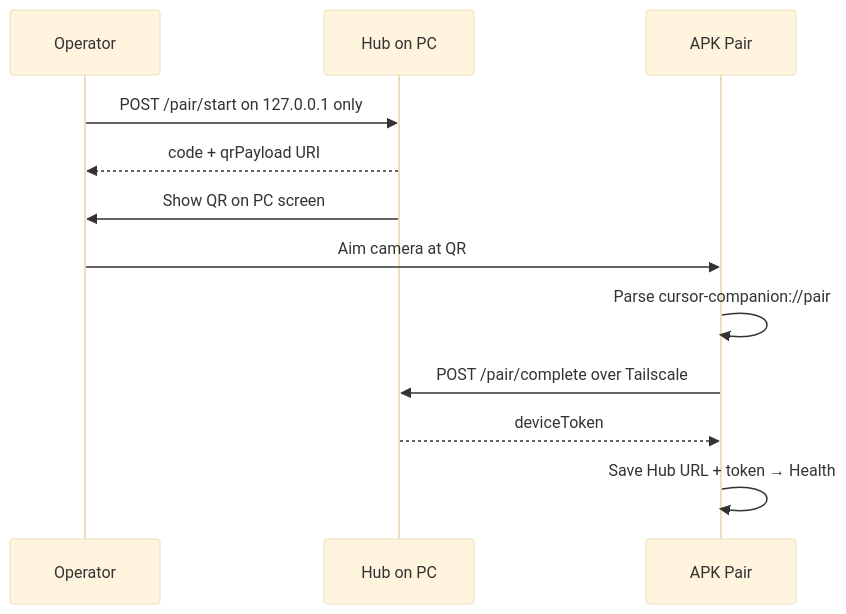
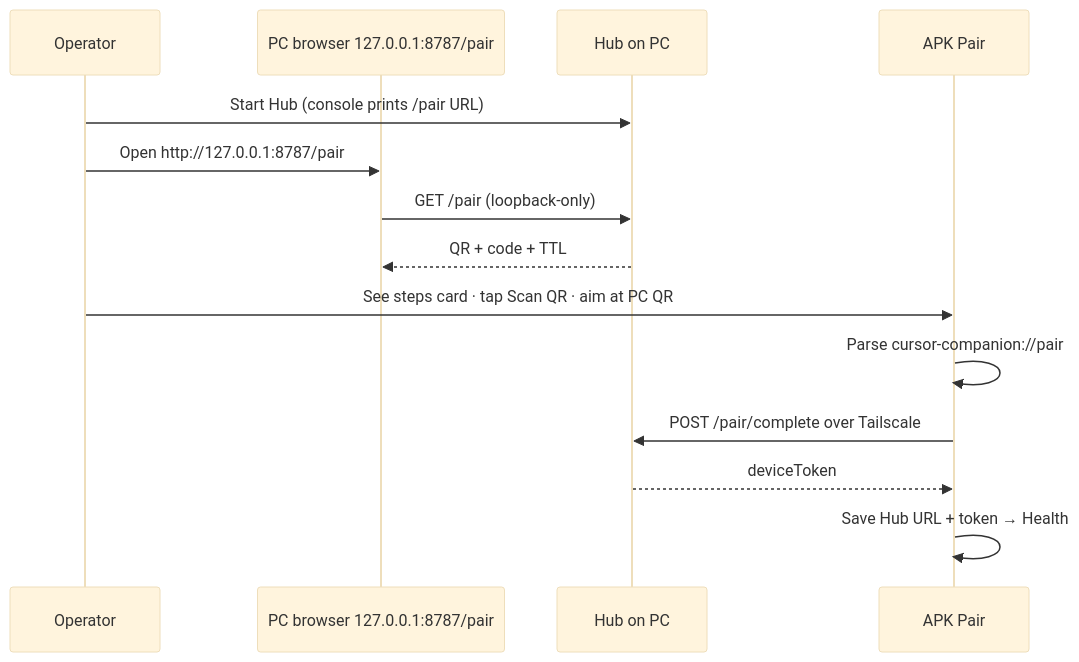
One commit to KingEGame/cursor-mobile changed the tenth of 23 diagrams in .planning/phases/05-mobile-ux-contract/05-UI-SPEC.md. Above: the diagram before and after it, drawn with Mermaid (base theme). The commit also changed other lines of this file and 19 other files, not shown here.

````diff
--- a/.planning/phases/05-mobile-ux-contract/05-UI-SPEC.md
+++ b/.planning/phases/05-mobile-ux-contract/05-UI-SPEC.md
@@ -655,14 +662,16 @@
 ```mermaid
 sequenceDiagram
   participant Op as Operator
-  participant PC as Hub on PC
+  participant Browser as PC browser 127.0.0.1:8787/pair
+  participant Hub as Hub on PC
   participant Phone as APK Pair
-  Op->>PC: POST /pair/start on 127.0.0.1 only
-  PC-->>Op: code + qrPayload URI
-  PC->>Op: Show QR on PC screen
-  Op->>Phone: Aim camera at QR
+  Op->>Hub: Start Hub (console prints /pair URL)
+  Op->>Browser: Open http://127.0.0.1:8787/pair
+  Browser->>Hub: GET /pair (loopback-only)
+  Hub-->>Browser: QR + code + TTL
+  Op->>Phone: See steps card · tap Scan QR · aim at PC QR
   Phone->>Phone: Parse cursor-companion://pair
-  Phone->>PC: POST /pair/complete over Tailscale
-  PC-->>Phone: deviceToken
+  Phone->>Hub: POST /pair/complete over Tailscale
+  Hub-->>Phone: deviceToken
   Phone->>Phone: Save Hub URL + token → Health
 ```
````
